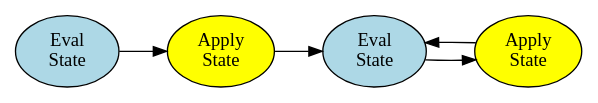
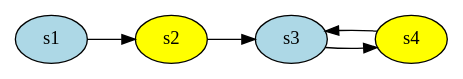
One commit to LeifAndersenPresentations/andersen2013parallelization changed the diagram in omega.dot. Above: the diagram before and after it, drawn with Graphviz. The commit also changed 12 other files, not shown here.

```diff
--- a/omega.dot
+++ b/omega.dot
@@ -1,11 +1,15 @@
 digraph G {
     rankdir=LR;
-    s1[label="Eval\nState",style=filled,fillcolor=lightblue];
-    s2[label="Apply\nState",style=filled,fillcolor=yellow];
-    s3[label="Eval\nState",style=filled,fillcolor=lightblue];
-    s4[label="Apply\nState",style=filled,fillcolor=yellow];
+//    s1[label="Eval\nState",style=filled,fillcolor=lightblue];
+//    s2[label="Apply\nState",style=filled,fillcolor=yellow];
+//    s3[label="Eval\nState",style=filled,fillcolor=lightblue];
+//    s4[label="Apply\nState",style=filled,fillcolor=yellow];
+    s1[style=filled,fillcolor=lightblue];
+    s2[style=filled,fillcolor=yellow];
+    s3[style=filled,fillcolor=lightblue];
+    s4[style=filled,fillcolor=yellow];
     s1 -> s2;
     s2 -> s3;
     s3 -> s4;
     s4 -> s3;
 }
```
